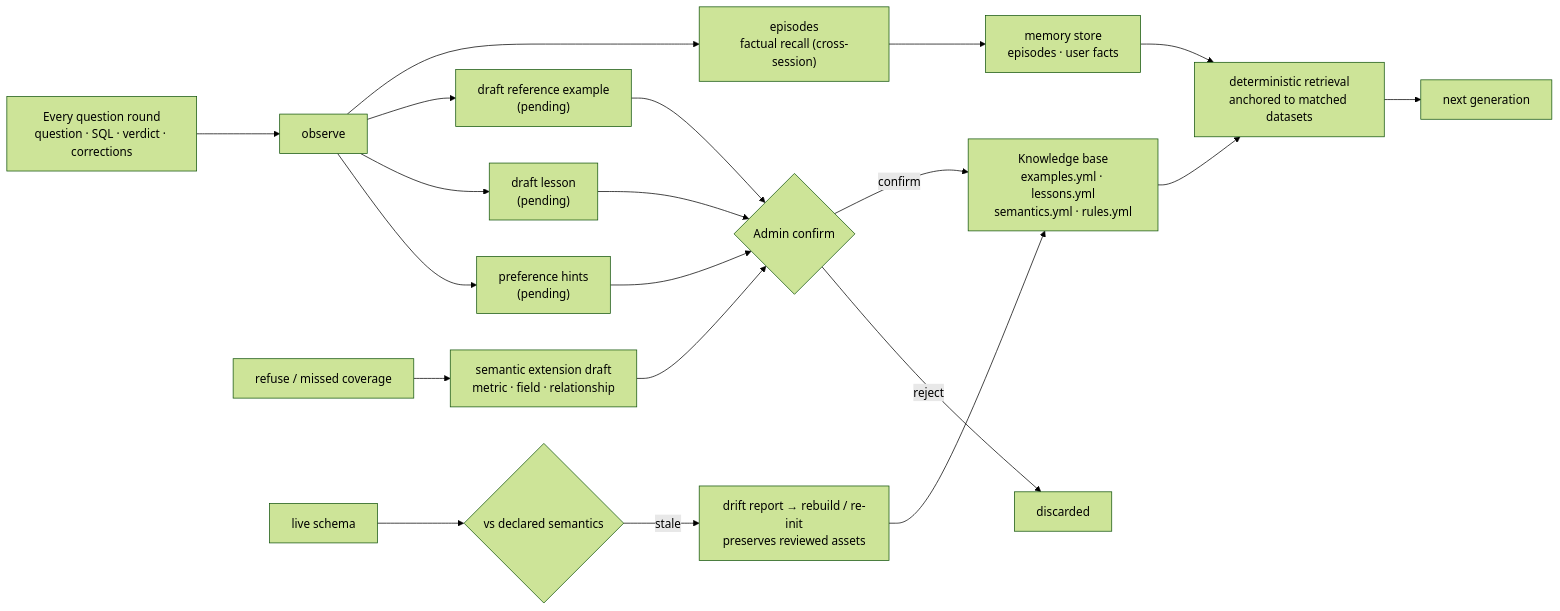
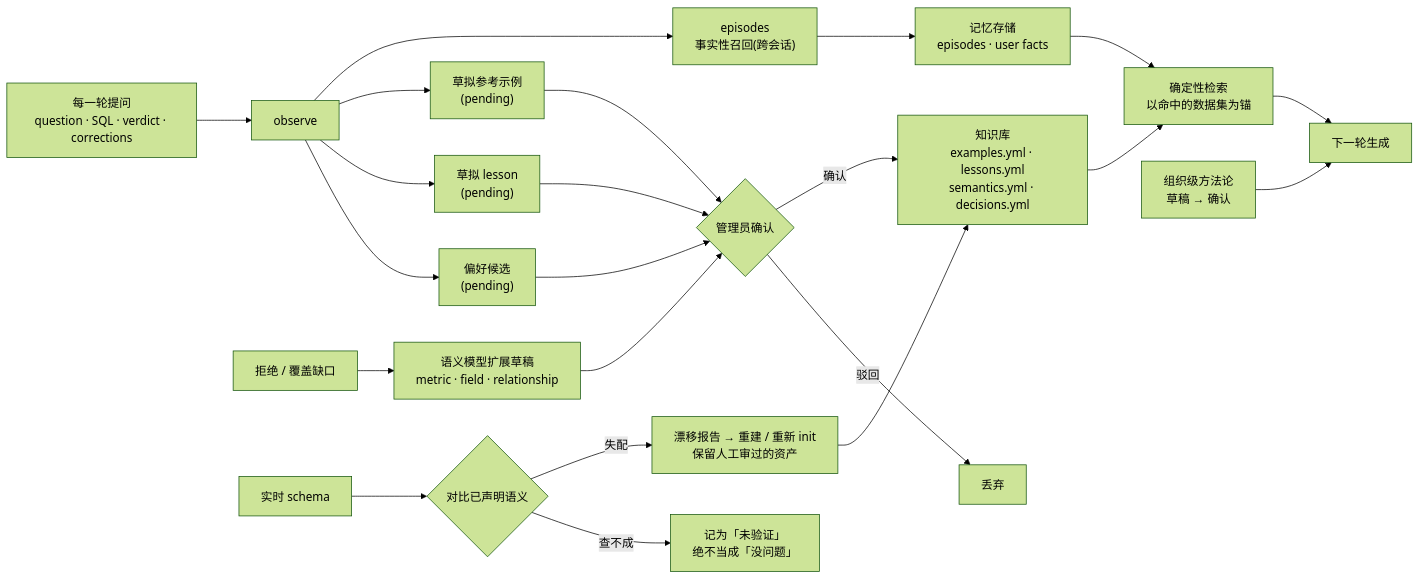
One commit to Nivane/trove changed the fourth of 4 diagrams in README.md. Above: the diagram before and after it, drawn with Mermaid (forest theme). The commit also changed other lines of this file and 2 other files, not shown here.

````diff
--- a/README.md
+++ b/README.md
@@ -150,21 +193,24 @@
 ```mermaid
 flowchart LR
-    RUN["Every question round<br/>question · SQL · verdict · corrections"] --> OBS["observe"]
-    OBS --> EP["episodes<br/>factual recall (cross-session)"]
-    OBS --> DR["draft reference example<br/>(pending)"]
-    OBS --> LS["draft lesson<br/>(pending)"]
-    REFUSE["refuse / missed coverage"] --> XT["semantic extension draft<br/>metric · field · relationship"]
-    OBS --> PF["preference hints<br/>(pending)"]
+    RUN["每一轮提问<br/>question · SQL · verdict · corrections"] --> OBS["observe"]
+    OBS --> EP["episodes<br/>事实性召回(跨会话)"]
+    OBS --> DR["草拟参考示例<br/>(pending)"]
+    OBS --> LS["草拟 lesson<br/>(pending)"]
+    OBS --> PF["偏好候选<br/>(pending)"]
+    REFUSE["拒绝 / 覆盖缺口"] --> XT["语义模型扩展草稿<br/>metric · field · relationship"]
 
-    DR & LS & XT & PF --> GATE{"Admin confirm"}
-    GATE -->|"confirm"| KB["Knowledge base<br/>examples.yml · lessons.yml<br/>semantics.yml · rules.yml"]
-    GATE -->|"reject"| DISCARD["discarded"]
-    EP --> MEM["memory store<br/>episodes · user facts"]
-    KB --> RETR["deterministic retrieval<br/>anchored to matched datasets"]
+    DR & LS & XT & PF --> GATE{"管理员确认"}
+    GATE -->|"确认"| KB["知识库<br/>examples.yml · lessons.yml<br/>semantics.yml · decisions.yml"]
+    GATE -->|"驳回"| DISCARD["丢弃"]
+    EP --> MEM["记忆存储<br/>episodes · user facts"]
+    KB --> RETR["确定性检索<br/>以命中的数据集为锚"]
     MEM --> RETR
-    RETR --> GEN["next generation"]
+    RETR --> GEN["下一轮生成"]
 
-    SCHEMA["live schema"] --> DRIFT{"vs declared semantics"}
-    DRIFT -->|"stale"| STALE["drift report → rebuild / re-init<br/>preserves reviewed assets"]
+    SCHEMA["实时 schema"] --> DRIFT{"对比已声明语义"}
+    DRIFT -->|"失配"| STALE["漂移报告 → 重建 / 重新 init<br/>保留人工审过的资产"]
     STALE --> KB
+    DRIFT -->|"查不成"| UNKNOWN["记为「未验证」<br/>绝不当成「没问题」"]
+
+    SKILLS["组织级方法论<br/>草稿 → 确认"] --> GEN
 ```
````
